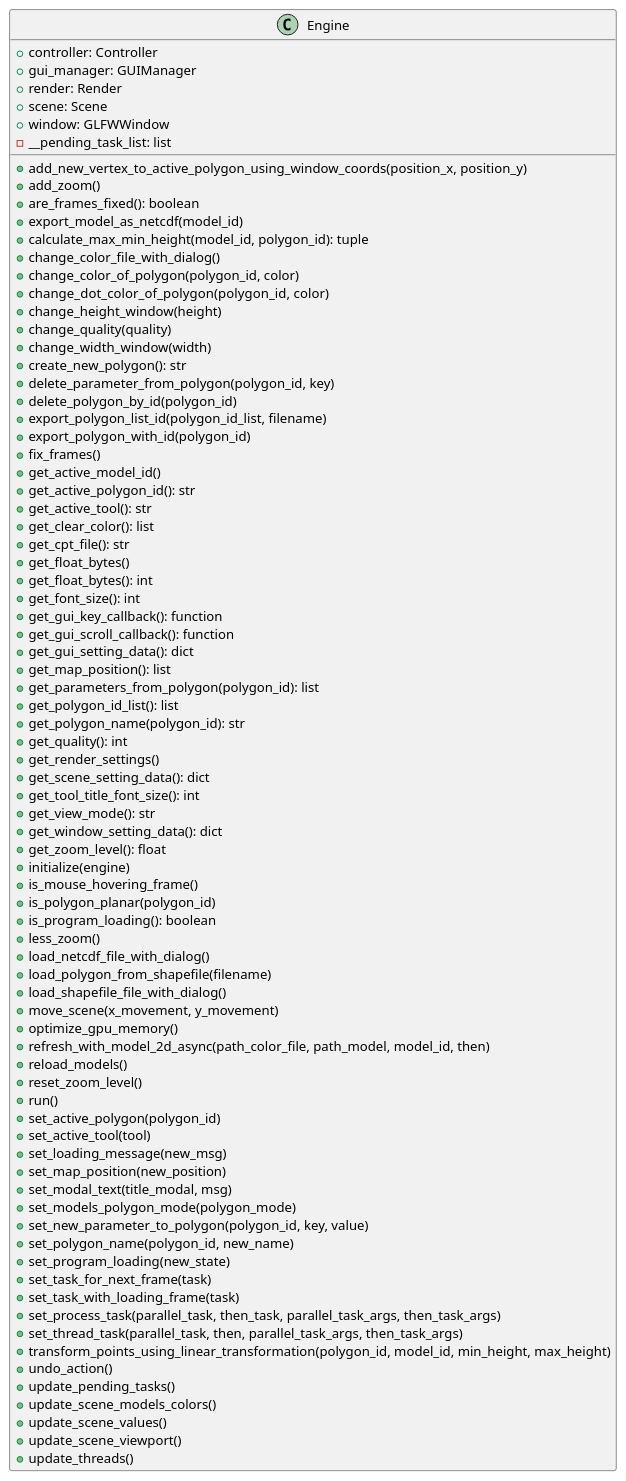
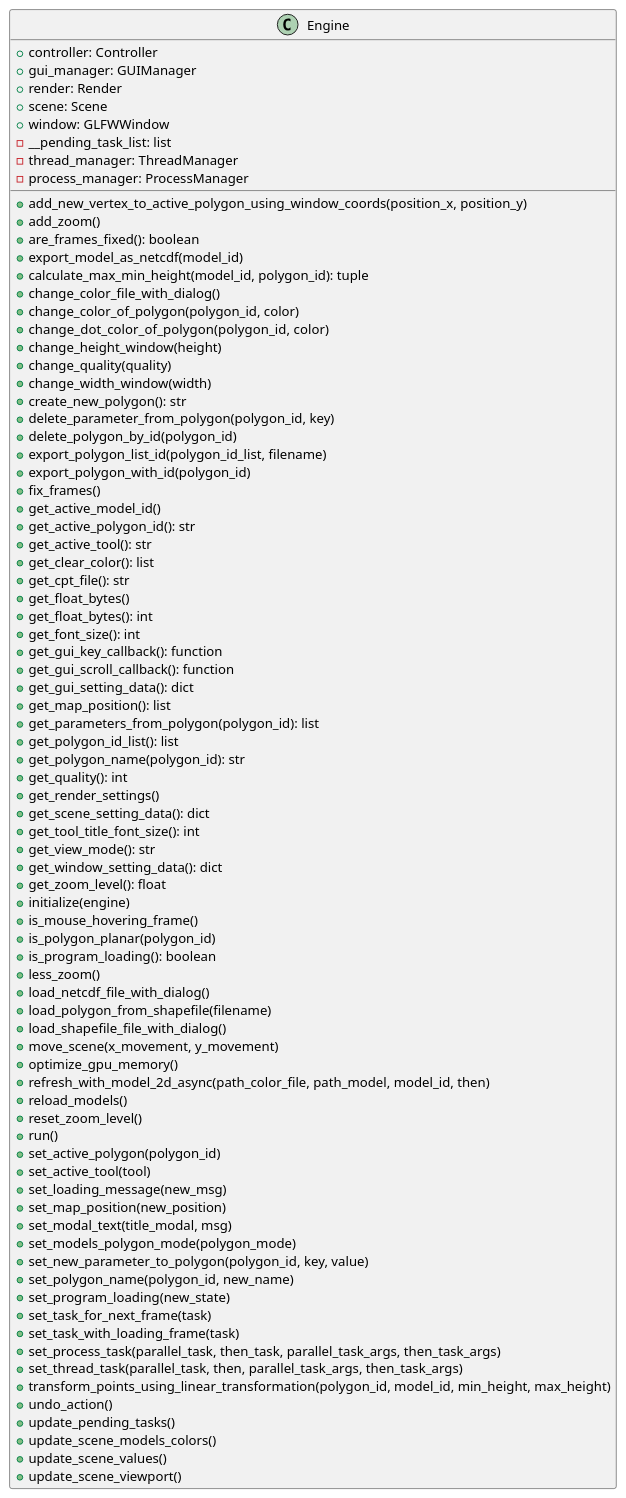
One commit to ferpoble2/Relief_Creator changed the diagram in docs/classes/Engine.puml. Above: the diagram before and after it, drawn with PlantUML. The commit also changed 4 other files, not shown here.

First line of the commit message:
Changed thread logic to a thread manager.

```diff
--- a/docs/classes/Engine.puml
+++ b/docs/classes/Engine.puml
@@ -1,84 +1,86 @@
 @startuml
 class Engine {
     + controller: Controller
     + gui_manager: GUIManager
     + render: Render
     + scene: Scene
     + window: GLFWWindow
     - __pending_task_list: list
+    - thread_manager: ThreadManager
+    - process_manager: ProcessManager
+
     + add_new_vertex_to_active_polygon_using_window_coords(position_x, position_y)
     + add_zoom()
     + are_frames_fixed(): boolean
     + export_model_as_netcdf(model_id)
     + calculate_max_min_height(model_id, polygon_id): tuple
     + change_color_file_with_dialog()
     + change_color_of_polygon(polygon_id, color)
     + change_dot_color_of_polygon(polygon_id,  color)
     + change_height_window(height)
     + change_quality(quality)
     + change_width_window(width)
     + create_new_polygon(): str
     + delete_parameter_from_polygon(polygon_id, key)
     + delete_polygon_by_id(polygon_id)
     + export_polygon_list_id(polygon_id_list, filename)
     + export_polygon_with_id(polygon_id)
     + fix_frames()
     + get_active_model_id()
     + get_active_polygon_id(): str
     + get_active_tool(): str
     + get_clear_color(): list
     + get_cpt_file(): str
     + get_float_bytes()
     + get_float_bytes(): int
     + get_font_size(): int
     + get_gui_key_callback(): function
     + get_gui_scroll_callback(): function
     + get_gui_setting_data(): dict
     + get_map_position(): list
     + get_parameters_from_polygon(polygon_id): list
     + get_polygon_id_list(): list
     + get_polygon_name(polygon_id): str
     + get_quality(): int
     + get_render_settings()
     + get_scene_setting_data(): dict
     + get_tool_title_font_size(): int
     + get_view_mode(): str
     + get_window_setting_data(): dict
     + get_zoom_level(): float
     + initialize(engine)
     + is_mouse_hovering_frame()
     + is_polygon_planar(polygon_id)
     + is_program_loading(): boolean
     + less_zoom()
     + load_netcdf_file_with_dialog()
     + load_polygon_from_shapefile(filename)
     + load_shapefile_file_with_dialog()
     + move_scene(x_movement, y_movement)
     + optimize_gpu_memory()
     + refresh_with_model_2d_async(path_color_file, path_model, model_id, then)
     + reload_models()
     + reset_zoom_level()
     + run()
     + set_active_polygon(polygon_id)
     + set_active_tool(tool)
     + set_loading_message(new_msg)
     + set_map_position(new_position)
     + set_modal_text(title_modal, msg)
     + set_models_polygon_mode(polygon_mode)
     + set_new_parameter_to_polygon(polygon_id, key, value)
     + set_polygon_name(polygon_id, new_name)
     + set_program_loading(new_state)
     + set_task_for_next_frame(task)
     + set_task_with_loading_frame(task)
     + set_process_task(parallel_task, then_task, parallel_task_args, then_task_args)
     + set_thread_task(parallel_task, then, parallel_task_args, then_task_args)
     + transform_points_using_linear_transformation(polygon_id, model_id, min_height, max_height)
     + undo_action()
     + update_pending_tasks()
     + update_scene_models_colors()
     + update_scene_values()
     + update_scene_viewport()
-    + update_threads()
 }
 
 @enduml
```
